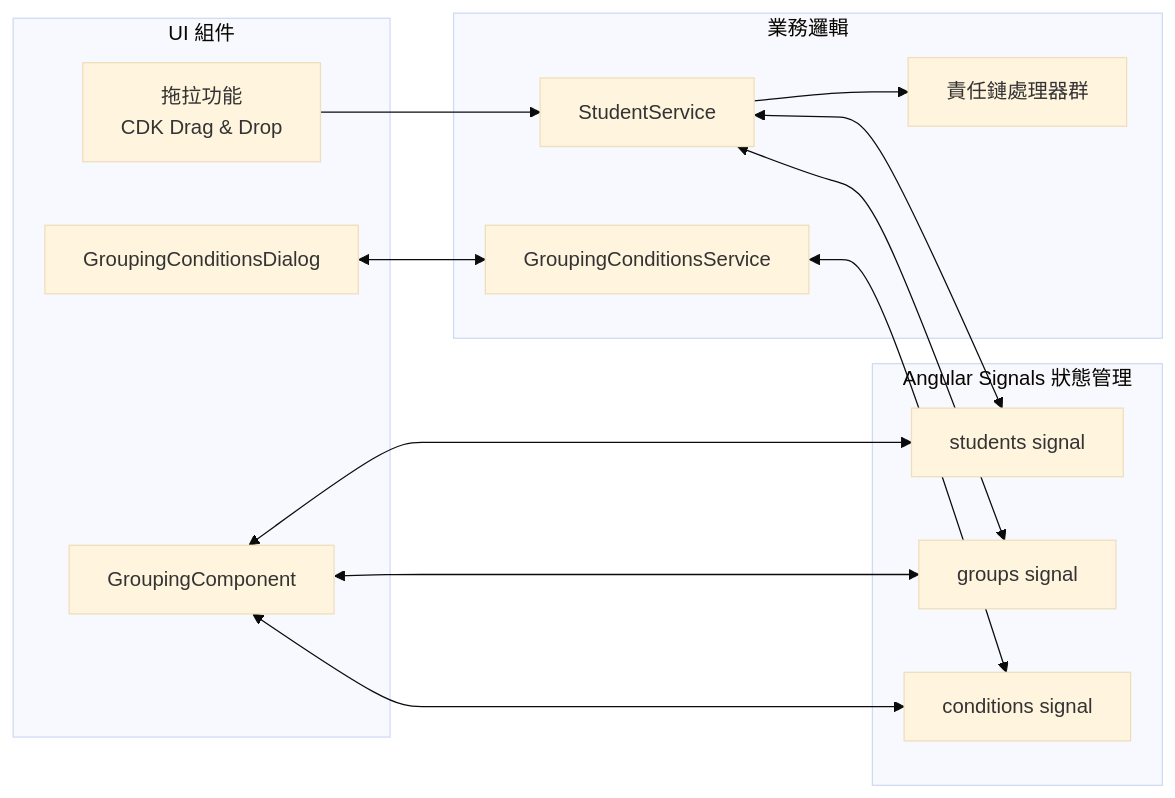
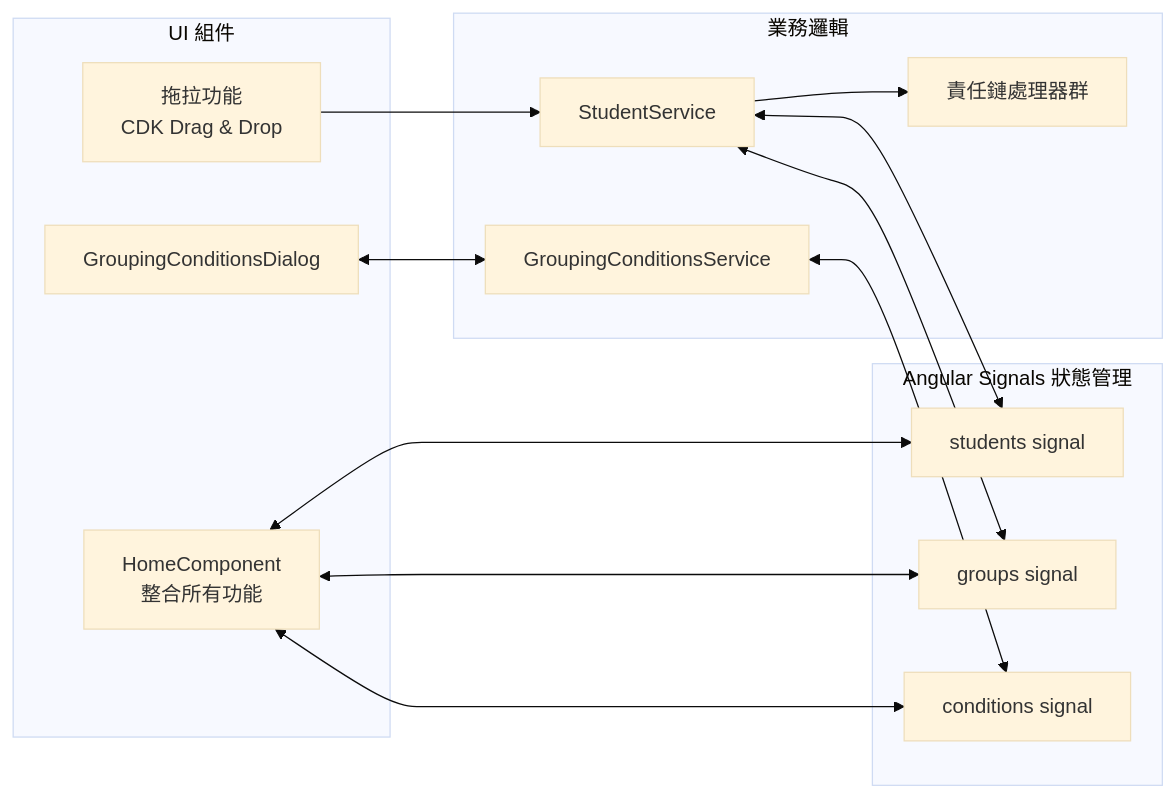
One commit to kuanchungfeng/TeamShuffle changed the fourth of 4 diagrams in docs/architecture-diagram.md. Above: the diagram before and after it, drawn with Mermaid (base theme). The commit also changed other lines of this file and 9 other files, not shown here.

First line of the commit message:
refactor: remove grouping component and integrate functionality into home component

````diff
--- a/docs/architecture-diagram.md
+++ b/docs/architecture-diagram.md
@@ -129,30 +127,30 @@
 ```mermaid
 graph LR
     subgraph "Angular Signals 狀態管理"
         A[students signal]
         B[groups signal]
         C[conditions signal]
     end
 
     subgraph "UI 組件"
-        D[GroupingComponent]
+        D[HomeComponent<br/>整合所有功能]
         E[GroupingConditionsDialog]
         F[拖拉功能<br/>CDK Drag & Drop]
     end
 
     subgraph "業務邏輯"
         G[StudentService]
         H[GroupingConditionsService]
         I[責任鏈處理器群]
     end
 
     D <--> A
     D <--> B
     D <--> C
     E <--> H
     F --> G
     G --> I
     G <--> A
     G <--> B
     H <--> C
 ```
````
